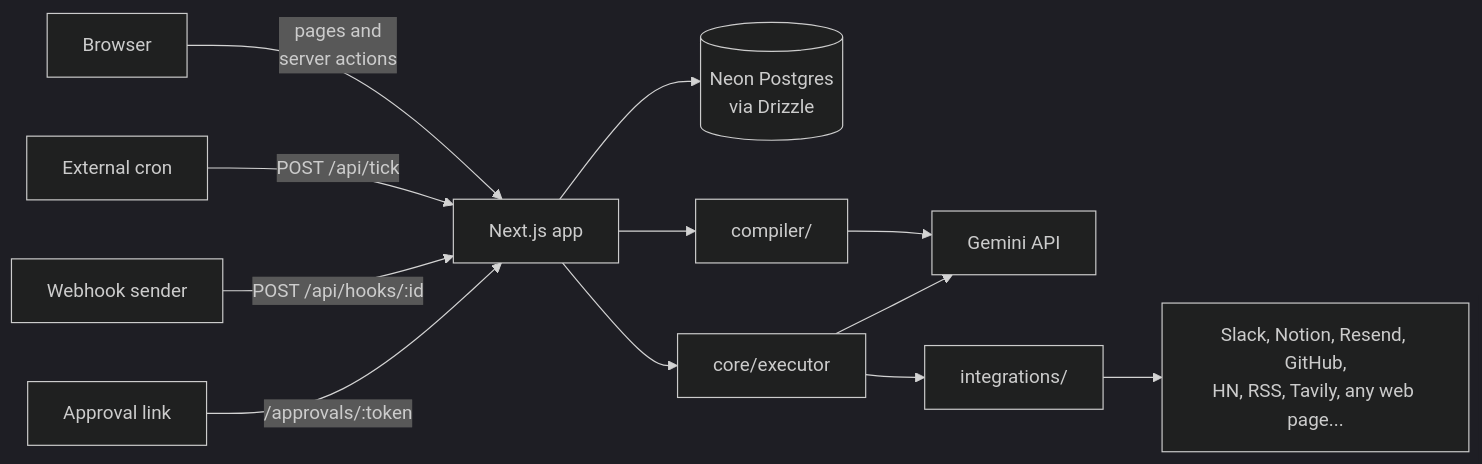
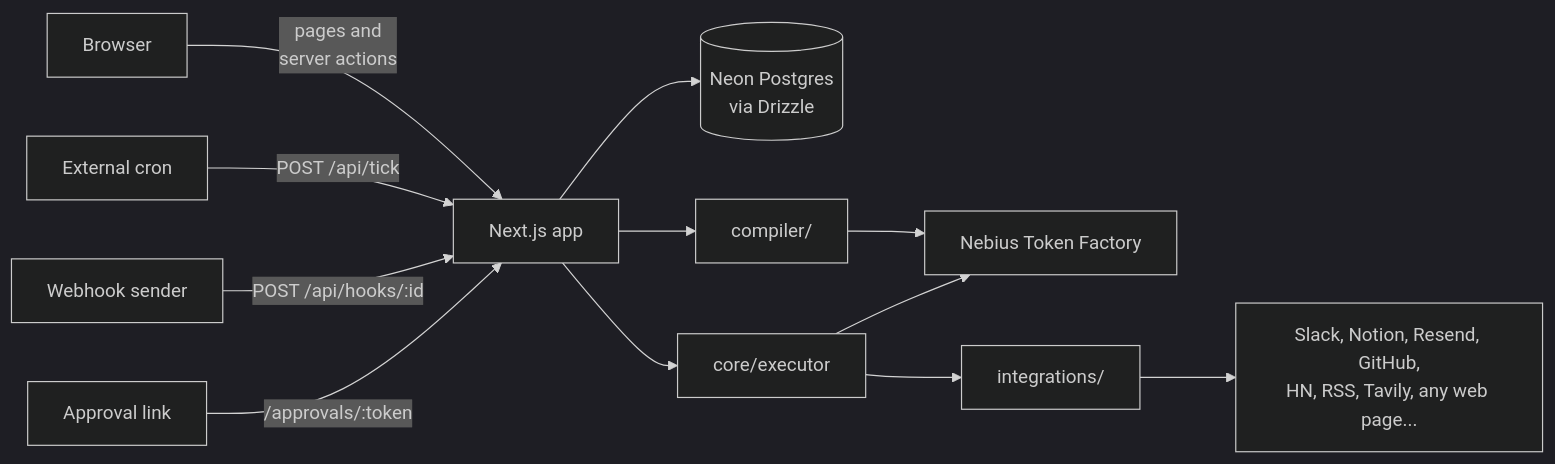
The second of 2 diagrams in README.md (PrajwatSrivastava/AgentDesk-AI-Workflow), drawn with Mermaid (dark theme) before and after one commit. The commit also changed other lines of this file and 17 other files, not shown here.

First line of the commit message:
Switch the LLM provider from Gemini to Nebius Token Factory

````diff
--- a/README.md
+++ b/README.md
@@ -91,14 +92,14 @@
 ```mermaid
 flowchart LR
     U["Browser"] -->|"pages and<br/>server actions"| N["Next.js app"]
     N --> DB[("Neon Postgres<br/>via Drizzle")]
     N --> C["compiler/"]
-    C --> G["Gemini API"]
+    C --> G["Nebius Token Factory"]
     N --> E["core/executor"]
     E --> G
     E --> I["integrations/"]
     I --> X["Slack, Notion, Resend, GitHub,<br/>HN, RSS, Tavily, any web page..."]
     Cron["External cron"] -->|"POST /api/tick"| N
     W["Webhook sender"] -->|"POST /api/hooks/:id"| N
     L["Approval link"] -->|"/approvals/:token"| N
 ```
````
